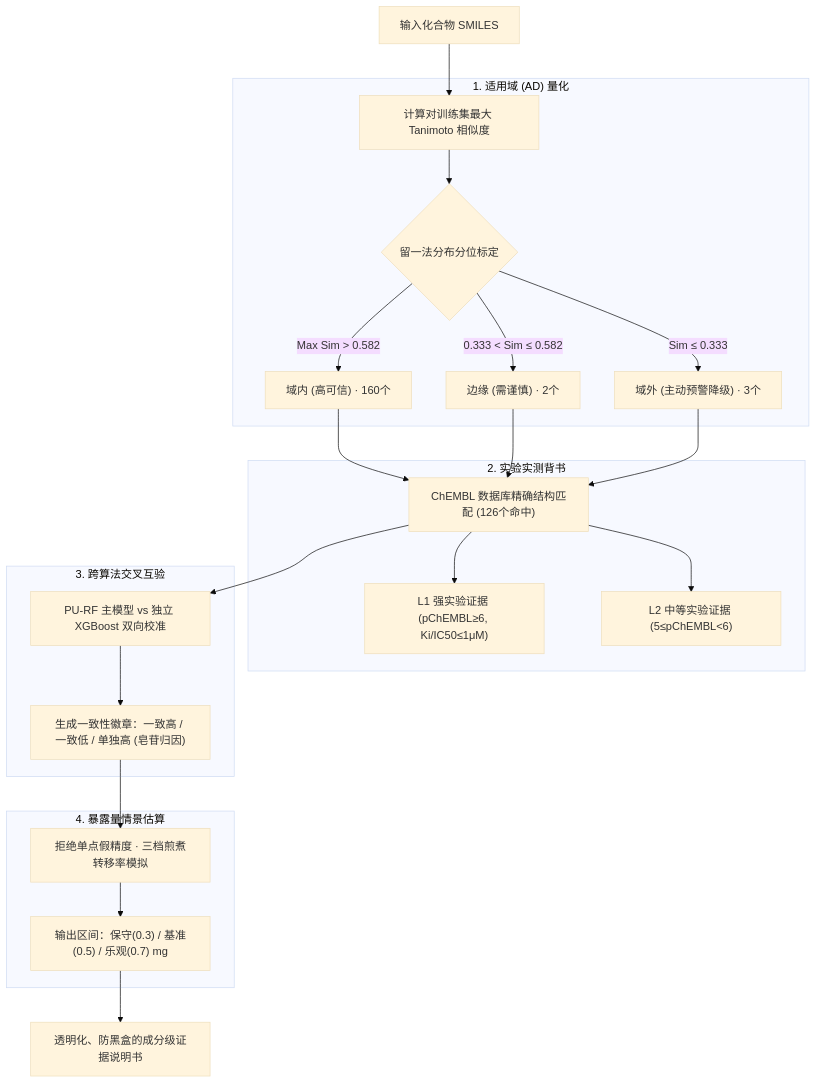
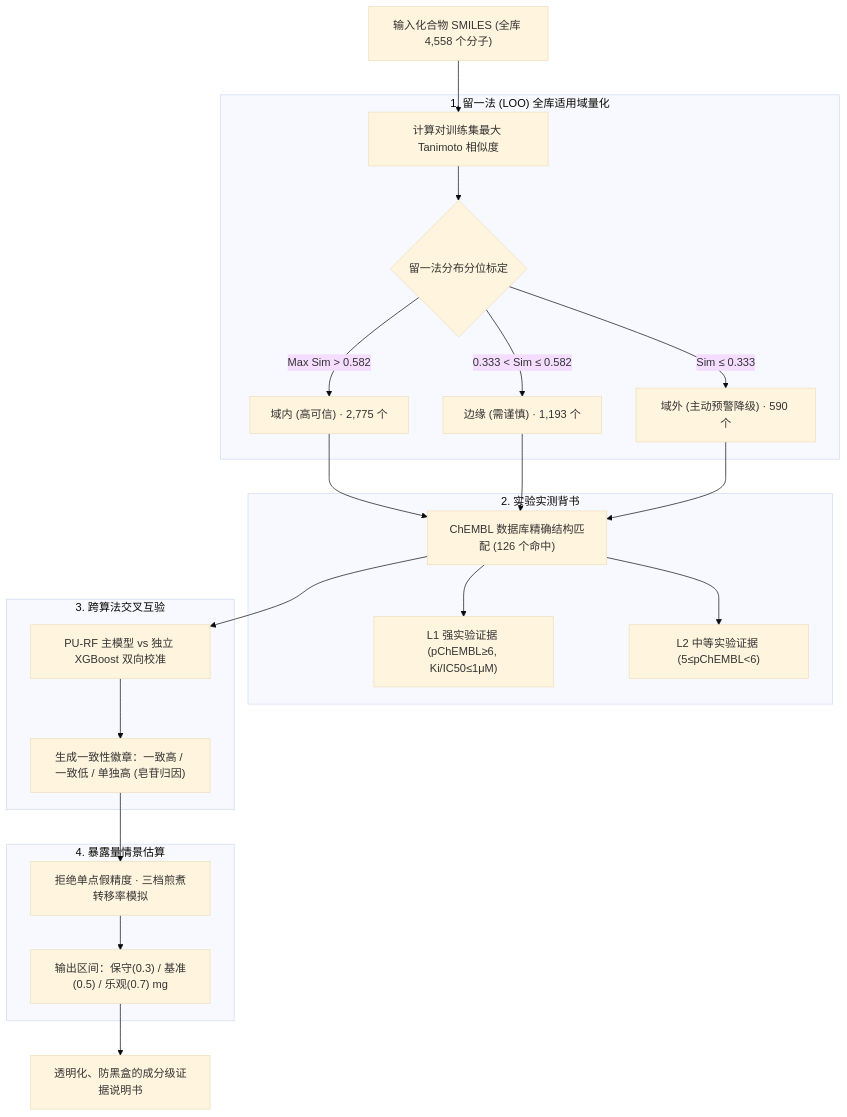
The third of 4 diagrams in docs/答辩材料_挑战杯算法PPT完整设计方案.md (jxylisty/shiyang), drawn with Mermaid (base theme) before and after one commit. The commit also changed other lines of this file and 3 other files, not shown here.

````diff
--- a/docs/答辩材料_挑战杯算法PPT完整设计方案.md
+++ b/docs/答辩材料_挑战杯算法PPT完整设计方案.md
@@ -113,31 +125,31 @@
 ```mermaid
 flowchart TD
-    M["输入化合物 SMILES"] --> STEP1
+    M["输入化合物 SMILES (全库 4,558 个分子)"] --> STEP1
     
-    subgraph Q1 ["1. 适用域 (AD) 量化"]
+    subgraph Q1 ["1. 留一法 (LOO) 全库适用域量化"]
         STEP1["计算对训练集最大 Tanimoto 相似度"]
         THR{"留一法分布分位标定"}
         STEP1 --> THR
-        THR -->|"Max Sim > 0.582"| IN["域内 (高可信) · 160个"]
-        THR -->|"0.333 < Sim ≤ 0.582"| BORD["边缘 (需谨慎) · 2个"]
-        THR -->|"Sim ≤ 0.333"| OUT["域外 (主动预警降级) · 3个"]
+        THR -->|"Max Sim > 0.582"| IN["域内 (高可信) · 2,775 个"]
+        THR -->|"0.333 < Sim ≤ 0.582"| BORD["边缘 (需谨慎) · 1,193 个"]
+        THR -->|"Sim ≤ 0.333"| OUT["域外 (主动预警降级) · 590 个"]
     end
 
     subgraph Q2 ["2. 实验实测背书"]
-        IN & BORD & OUT --> CHEMBL["ChEMBL 数据库精确结构匹配 (126个命中)"]
+        IN & BORD & OUT --> CHEMBL["ChEMBL 数据库精确结构匹配 (126 个命中)"]
         CHEMBL --> L1["L1 强实验证据 (pChEMBL≥6, Ki/IC50≤1μM)"]
         CHEMBL --> L2["L2 中等实验证据 (5≤pChEMBL<6)"]
     end
 
     subgraph Q3 ["3. 跨算法交叉互验"]
         CHEMBL --> DUAL["PU-RF 主模型 vs 独立 XGBoost 双向校准"]
         DUAL --> BADGE["生成一致性徽章：一致高 / 一致低 / 单独高 (皂苷归因)"]
     end
 
     subgraph Q4 ["4. 暴露量情景估算"]
         BADGE --> EXP["拒绝单点假精度 · 三档煎煮转移率模拟"]
         EXP --> SCENE["输出区间：保守(0.3) / 基准(0.5) / 乐观(0.7) mg"]
     end
 
     SCENE --> RESULT["透明化、防黑盒的成分级证据说明书"]
 ```
````
